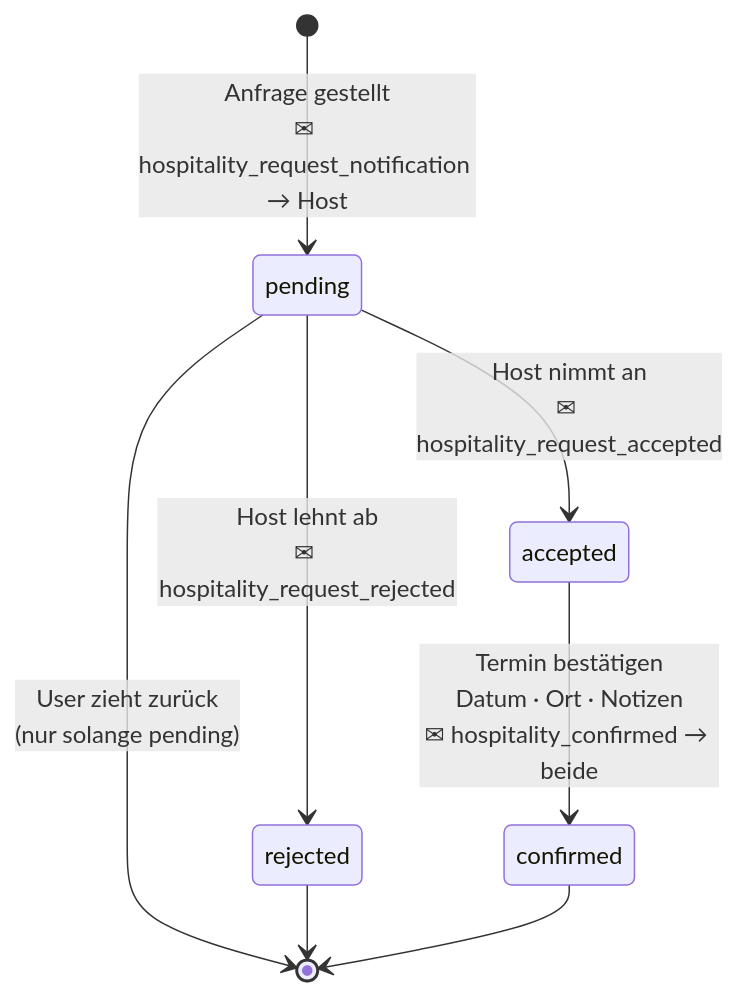
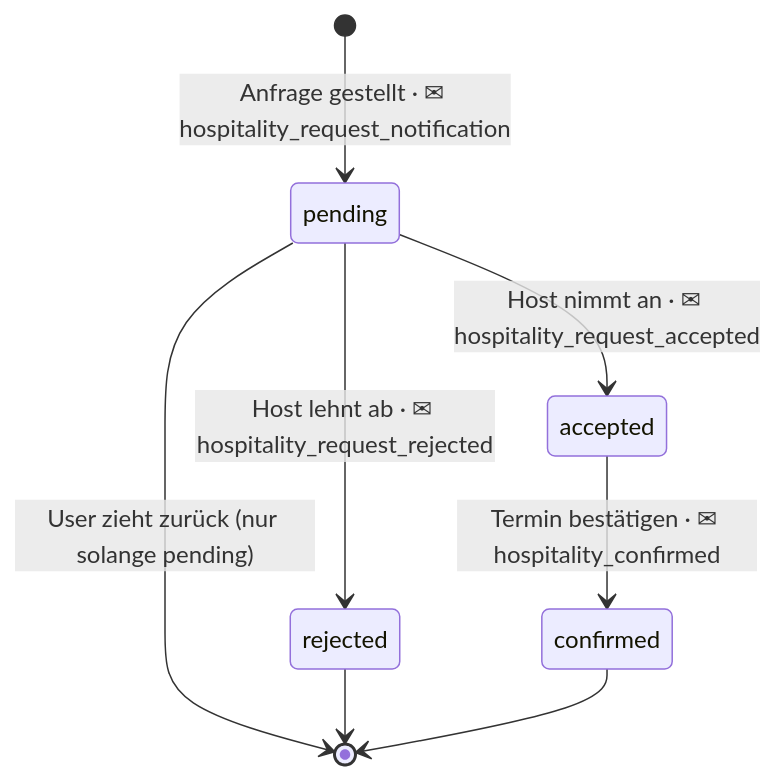
Before and after one commit to solmando-blip/HPV-Trainer: the fourth of 8 diagrams in docs/WORKFLOWS.md, drawn with Mermaid. The commit also changed other lines of this file, not shown here.

Commit message:
docs(WORKFLOWS): single-line state-diagram labels for reliable rendering
Claude-Session: https://claude.ai/code/session_01XvDAJ299UAXQvwiXxbT2Nu

````diff
--- a/docs/WORKFLOWS.md
+++ b/docs/WORKFLOWS.md
@@ -83,10 +83,10 @@
 ```mermaid
 stateDiagram-v2
-    [*] --> pending: Anfrage gestellt<br/>✉ hospitality_request_notification → Host
-    pending --> accepted: Host nimmt an<br/>✉ hospitality_request_accepted
-    pending --> rejected: Host lehnt ab<br/>✉ hospitality_request_rejected
-    pending --> [*]: User zieht zurück<br/>(nur solange pending)
-    accepted --> confirmed: Termin bestätigen<br/>Datum · Ort · Notizen<br/>✉ hospitality_confirmed → beide
+    [*] --> pending: Anfrage gestellt · ✉ hospitality_request_notification
+    pending --> accepted: Host nimmt an · ✉ hospitality_request_accepted
+    pending --> rejected: Host lehnt ab · ✉ hospitality_request_rejected
+    pending --> [*]: User zieht zurück (nur solange pending)
+    accepted --> confirmed: Termin bestätigen · ✉ hospitality_confirmed
     rejected --> [*]
     confirmed --> [*]
 ```
````
